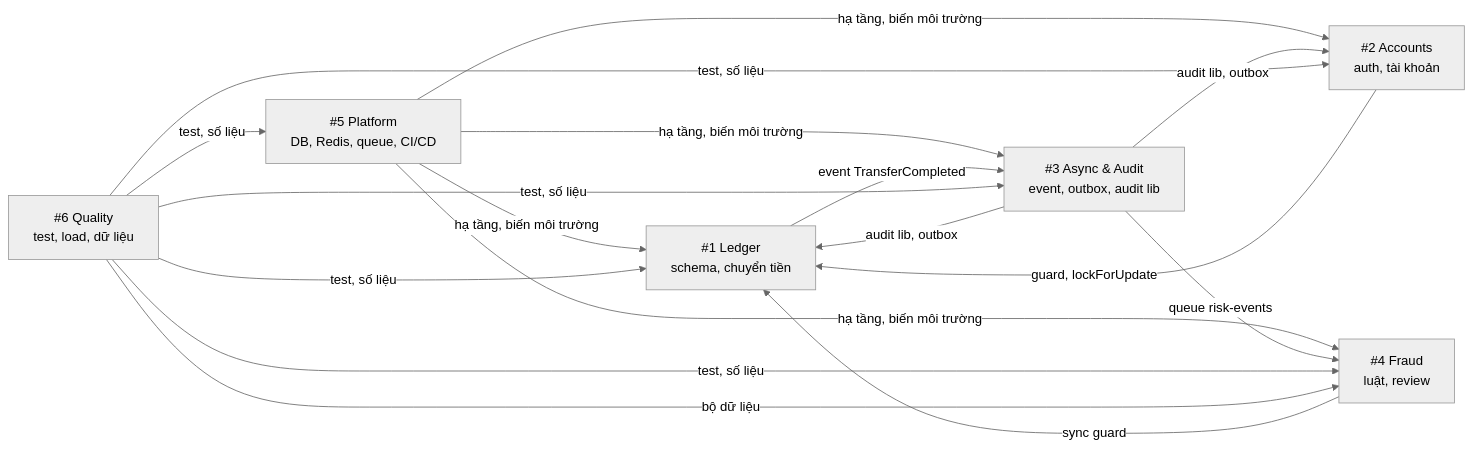
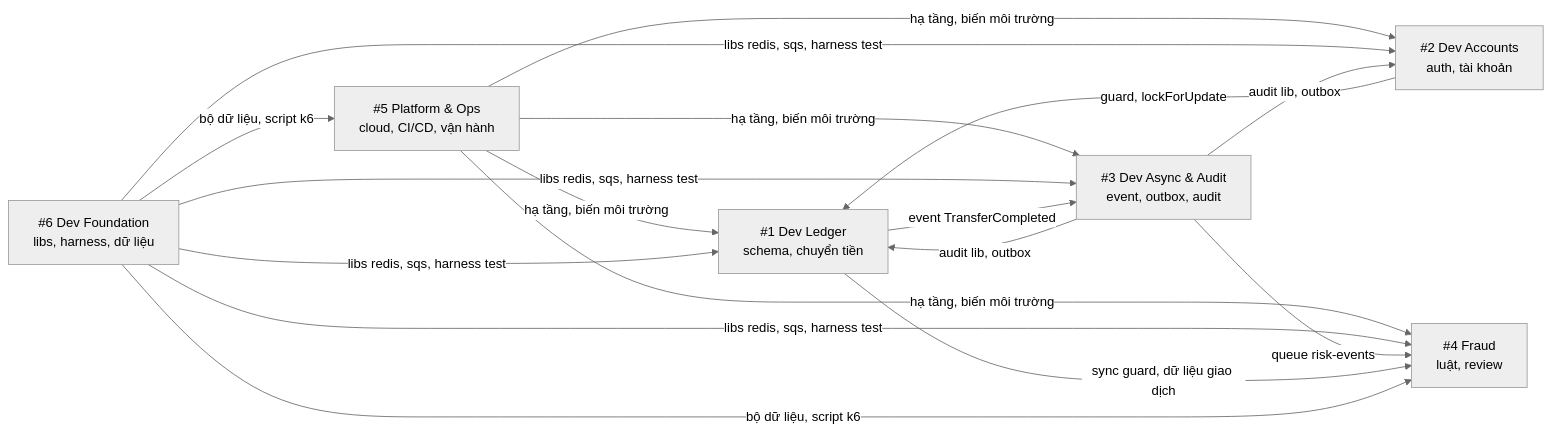
One commit to Lawliet119/digital-banking-simulator changed the diagram in docs/plan/TEAM_ROLES_PLAYBOOK.md. Above: the diagram before and after it, drawn with Mermaid (neutral theme). The commit also changed other lines of this file and 30 other files, not shown here.

First line of the commit message:
docs(team): chia lại vai (4 developer, Fraud, Platform & Ops) và skill dbs-delivering-task v2.3

````diff
--- a/docs/plan/TEAM_ROLES_PLAYBOOK.md
+++ b/docs/plan/TEAM_ROLES_PLAYBOOK.md
@@ -25,18 +27,18 @@
 ```mermaid
 flowchart LR
-    P5[#5 Platform<br/>DB, Redis, queue, CI/CD]
-    P1[#1 Ledger<br/>schema, chuyển tiền]
-    P2[#2 Accounts<br/>auth, tài khoản]
-    P3[#3 Async & Audit<br/>event, outbox, audit lib]
+    P5[#5 Platform & Ops<br/>cloud, CI/CD, vận hành]
+    P6[#6 Dev Foundation<br/>libs, harness, dữ liệu]
+    P1[#1 Dev Ledger<br/>schema, chuyển tiền]
+    P2[#2 Dev Accounts<br/>auth, tài khoản]
+    P3[#3 Dev Async & Audit<br/>event, outbox, audit]
     P4[#4 Fraud<br/>luật, review]
-    P6[#6 Quality<br/>test, load, dữ liệu]
 
     P5 -->|hạ tầng, biến môi trường| P1 & P2 & P3 & P4
+    P6 -->|libs redis, sqs, harness test| P1 & P2 & P3 & P4
     P2 -->|guard, lockForUpdate| P1
     P3 -->|audit lib, outbox| P1 & P2
     P1 -->|event TransferCompleted| P3
     P3 -->|queue risk-events| P4
-    P4 -->|sync guard| P1
-    P6 -->|test, số liệu| P1 & P2 & P3 & P4 & P5
-    P6 -->|bộ dữ liệu| P4
+    P1 -->|sync guard, dữ liệu giao dịch| P4
+    P6 -->|bộ dữ liệu, script k6| P4 & P5
 ```
````
